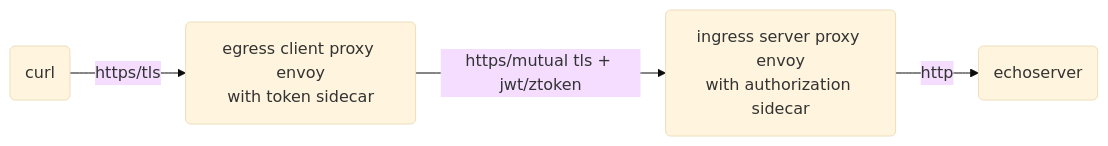
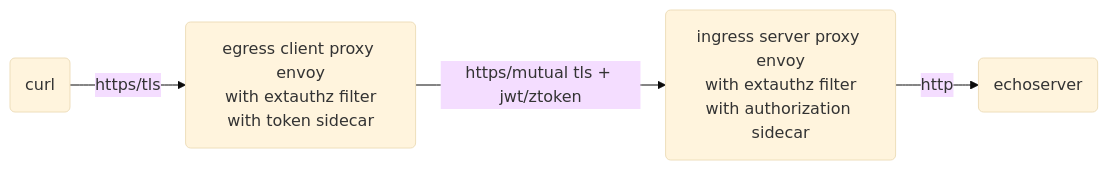
The second of 15 diagrams in docs/ENVOY.md (ctyano/athenz-distribution), drawn with Mermaid (base theme) before and after one commit. The commit also changed other lines of this file, not shown here.

````diff
--- a/docs/ENVOY.md
+++ b/docs/ENVOY.md
@@ -36,4 +36,4 @@
 ```mermaid
 flowchart LR
-A(curl) -->|https/tls| B(egress client proxy envoy\nwith token sidecar) -->|https/mutual tls + jwt/ztoken| C(ingress server proxy envoy\nwith authorization sidecar) -->|http| D(echoserver)
+A(curl) -->|https/tls| B(egress client proxy envoy\nwith extauthz filter\nwith token sidecar) -->|https/mutual tls + jwt/ztoken| C(ingress server proxy envoy\nwith extauthz filter\nwith authorization sidecar) -->|http| D(echoserver)
 ```
````
